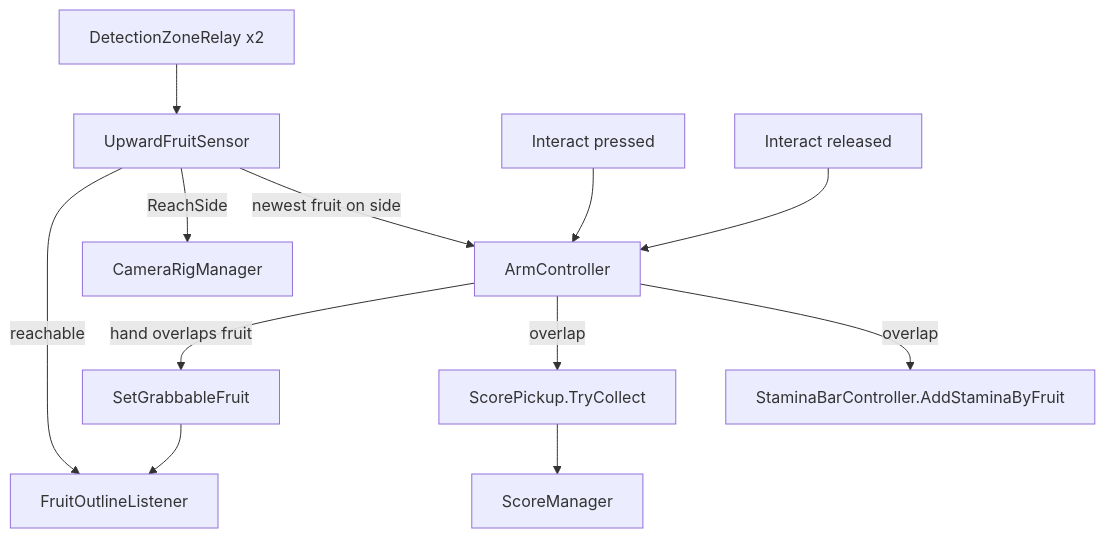
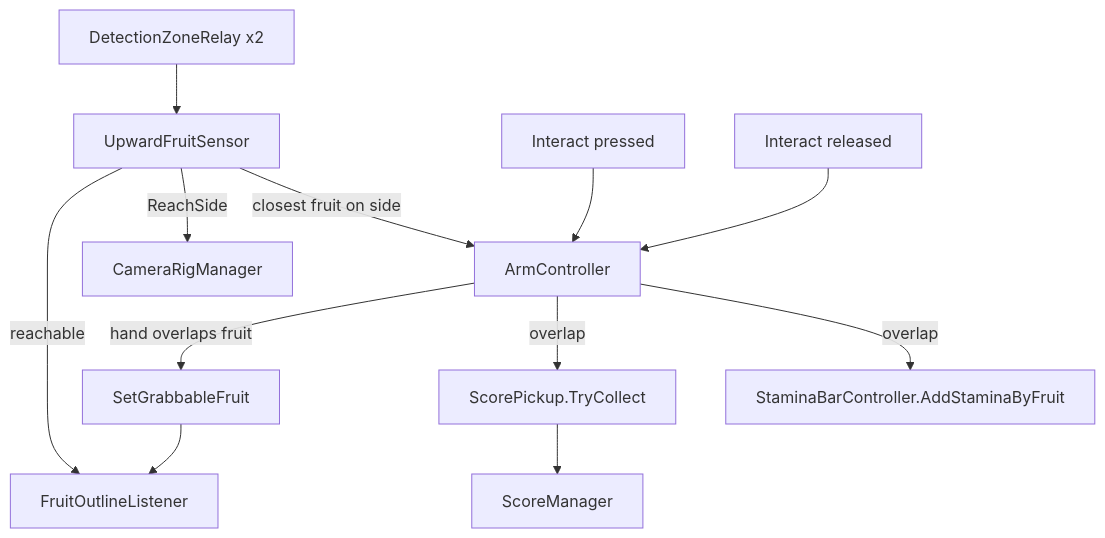
Before and after one commit to kami-lel/monkobra: the diagram in docs/grab-doc.md, drawn with Mermaid. The commit also changed other lines of this file and 1 other file, not shown here.

First line of the commit message:
document grab aiming at the closest fruit

````diff
--- a/docs/grab-doc.md
+++ b/docs/grab-doc.md
@@ -7,14 +7,14 @@
 ```mermaid
 graph TD
   Zones[DetectionZoneRelay x2] --> Fruit[UpwardFruitSensor]
   Fruit -->|reachable| Outline[FruitOutlineListener]
   Fruit -->|ReachSide| Cam[CameraRigManager]
   Press[Interact pressed] --> Arm[ArmController]
-  Fruit -->|newest fruit on side| Arm
+  Fruit -->|closest fruit on side| Arm
   Arm -->|hand overlaps fruit| Grabbable[SetGrabbableFruit]
   Grabbable --> Outline
   Release[Interact released] --> Arm
   Arm -->|overlap| Pickup[ScorePickup.TryCollect]
   Pickup --> Score[ScoreManager]
   Arm -->|overlap| Stamina[StaminaBarController.AddStaminaByFruit]
 ```
````
